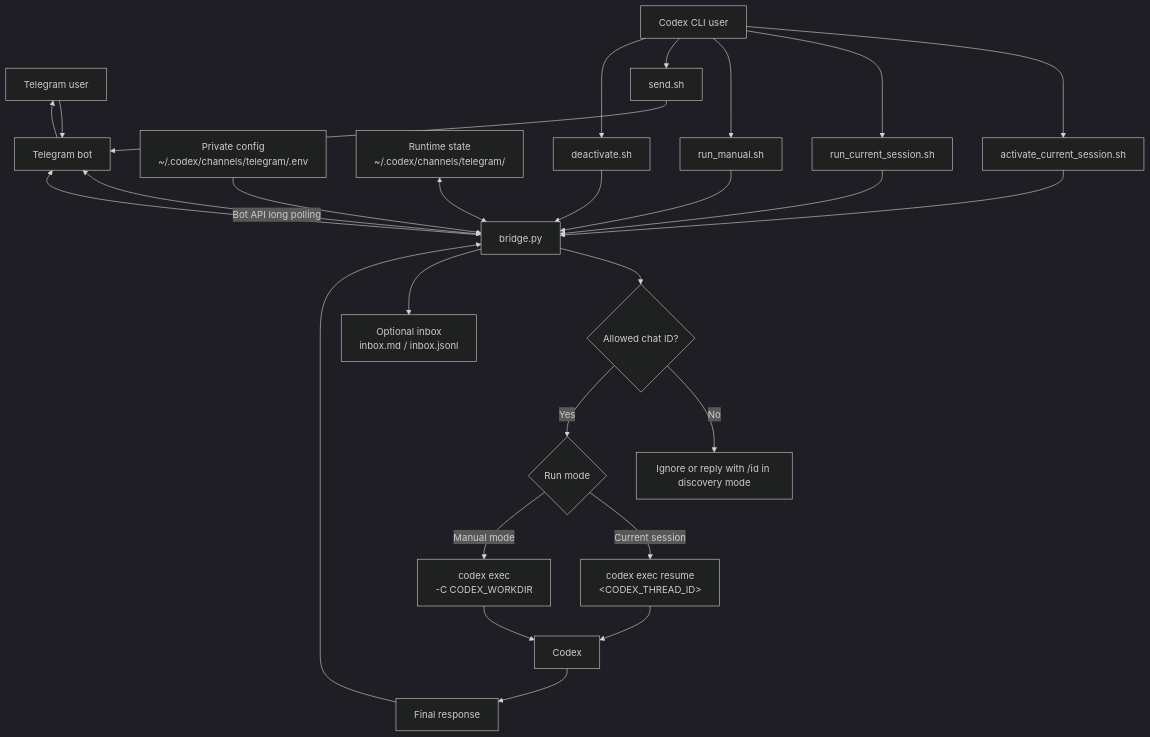
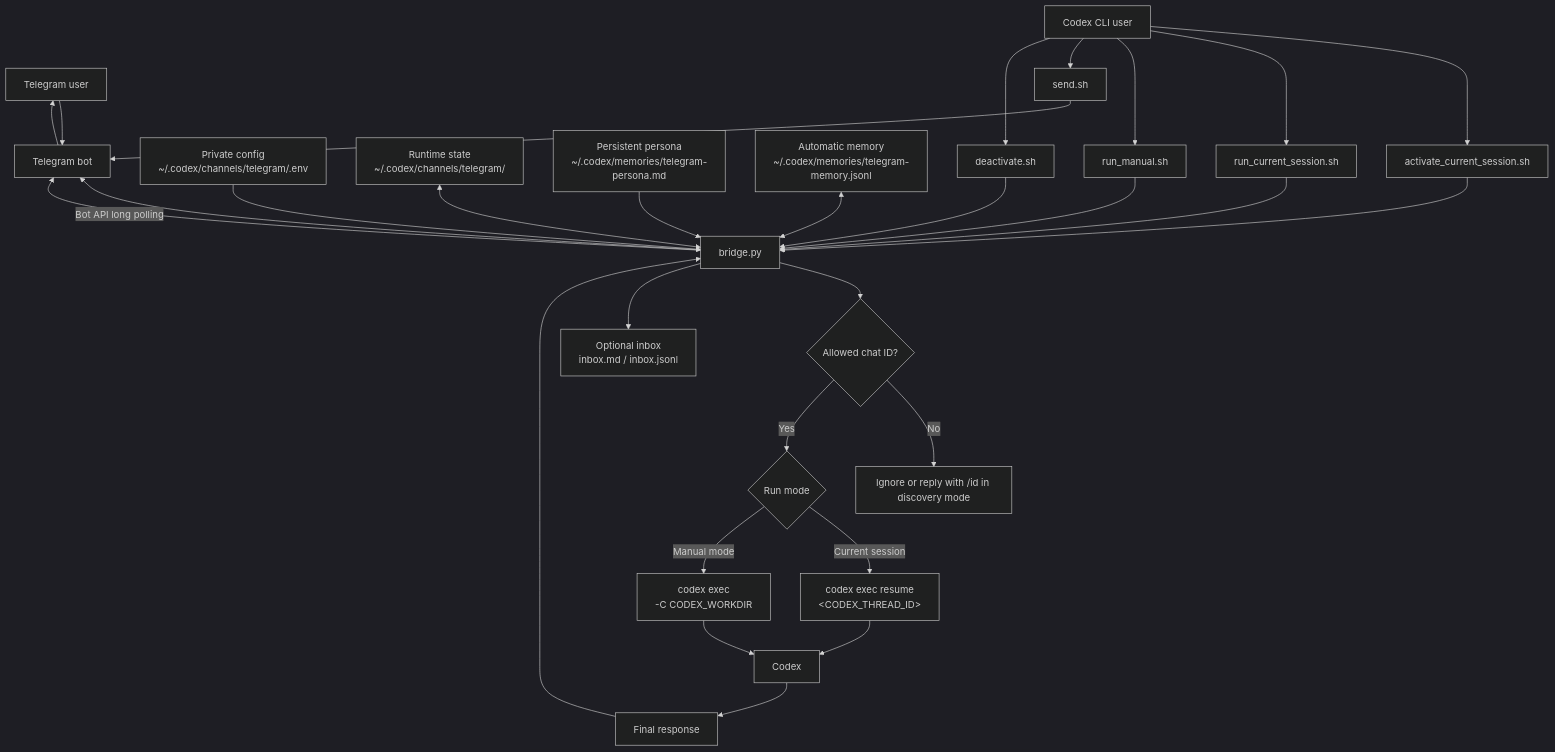
One commit to yingwang/codex-telegram-bridge changed the diagram in README.md. Above: the diagram before and after it, drawn with Mermaid (dark theme). The commit also changed other lines of this file and 3 other files, not shown here.

Commit message:
Add Telegram persona and memory support

````diff
--- a/README.md
+++ b/README.md
@@ -21,36 +21,38 @@
 ```mermaid
 flowchart TD
   user[Telegram user] --> bot[Telegram bot]
   bot <-->|Bot API long polling| bridge[bridge.py]
 
   env[Private config<br/>~/.codex/channels/telegram/.env] --> bridge
   state[Runtime state<br/>~/.codex/channels/telegram/] <--> bridge
 
   bridge --> gate{Allowed chat ID?}
   gate -->|No| reject[Ignore or reply with /id in discovery mode]
   gate -->|Yes| mode{Run mode}
 
   mode -->|Current session| resume[codex exec resume<br/>&lt;CODEX_THREAD_ID&gt;]
   mode -->|Manual mode| exec[codex exec<br/>-C CODEX_WORKDIR]
 
   resume --> codex[Codex]
   exec --> codex
   codex --> reply[Final response]
   reply --> bridge
   bridge --> bot
   bot --> user
 
   bridge --> inbox[Optional inbox<br/>inbox.md / inbox.jsonl]
+  persona[Persistent persona<br/>~/.codex/memories/telegram-persona.md] --> bridge
+  memory[Automatic memory<br/>~/.codex/memories/telegram-memory.jsonl] <--> bridge
 
   cli[Codex CLI user] --> activate[activate_current_session.sh]
   cli --> foreground[run_current_session.sh]
   cli --> manual[run_manual.sh]
   cli --> send[send.sh]
   cli --> stop[deactivate.sh]
 
   activate --> bridge
   foreground --> bridge
   manual --> bridge
   send --> bot
   stop --> bridge
 ```
````
